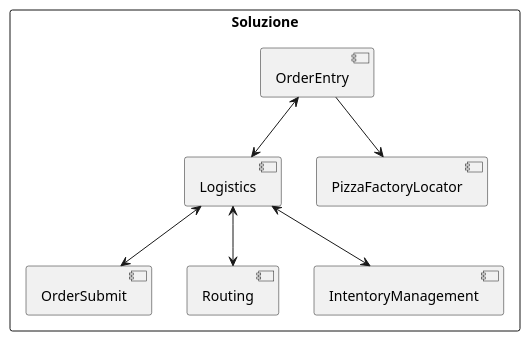
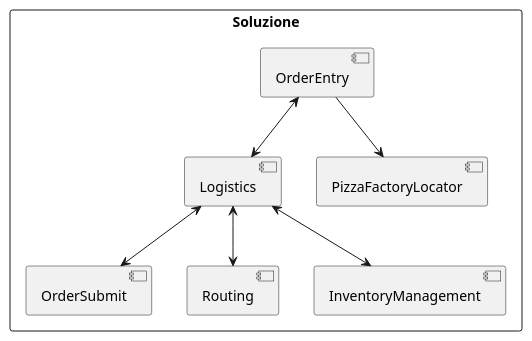
The diagram in soluzione-diagramma.puml (JBmanu/PM-Gruppo2), drawn with PlantUML before and after one commit. The commit also changed 1 other file, not shown here.

```diff
--- a/soluzione-diagramma.puml
+++ b/soluzione-diagramma.puml
@@ -1,18 +1,18 @@
 @startuml soluzione-diagramma
 
 rectangle "Soluzione" as Soluzione {
   component OrderEntry
   component Logistics
   component PizzaFactoryLocator
   component OrderSubmit
   component Routing
-  component IntentoryManagement
+  component InventoryManagement
 
   OrderEntry <--> Logistics
   OrderEntry --> PizzaFactoryLocator
   Logistics <--> OrderSubmit
   Logistics <--> Routing
-  Logistics <--> IntentoryManagement
+  Logistics <--> InventoryManagement
 }
 
 @enduml
```
